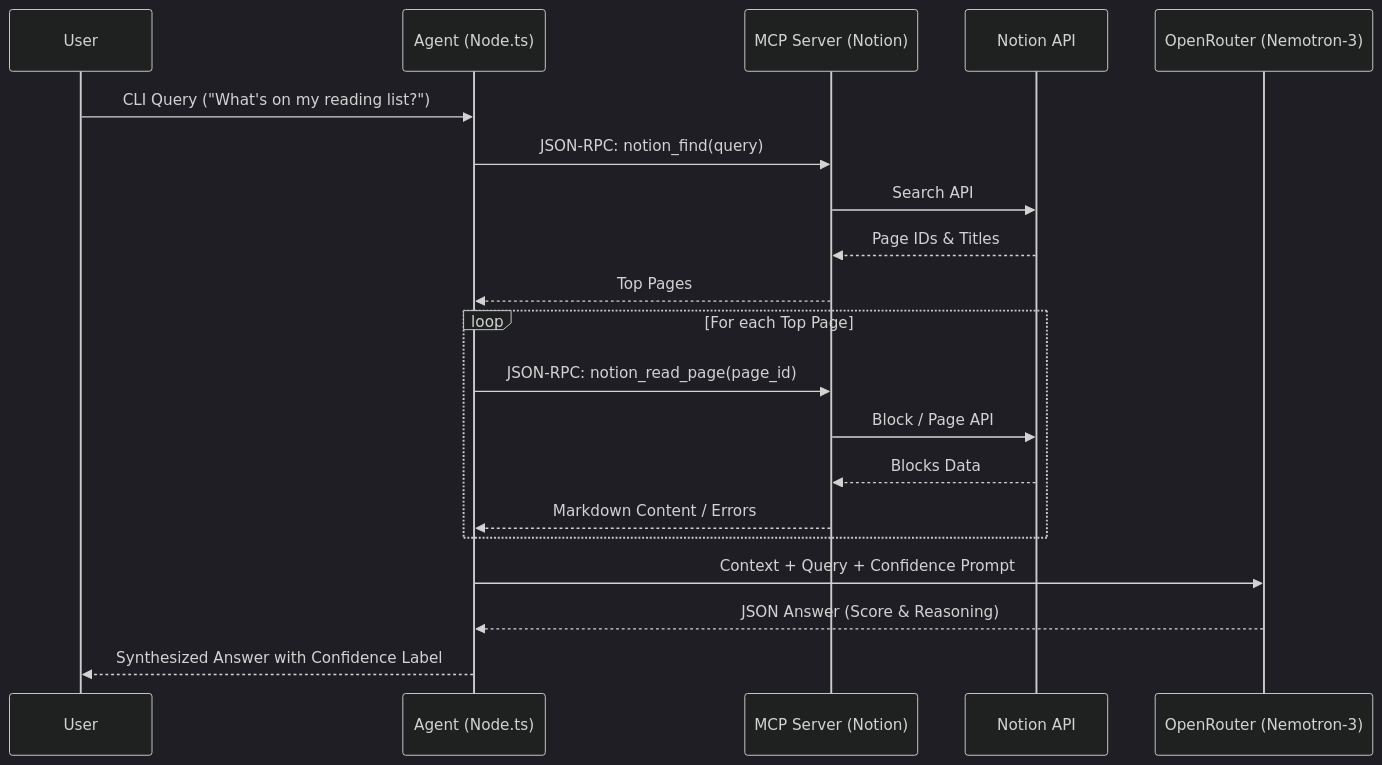
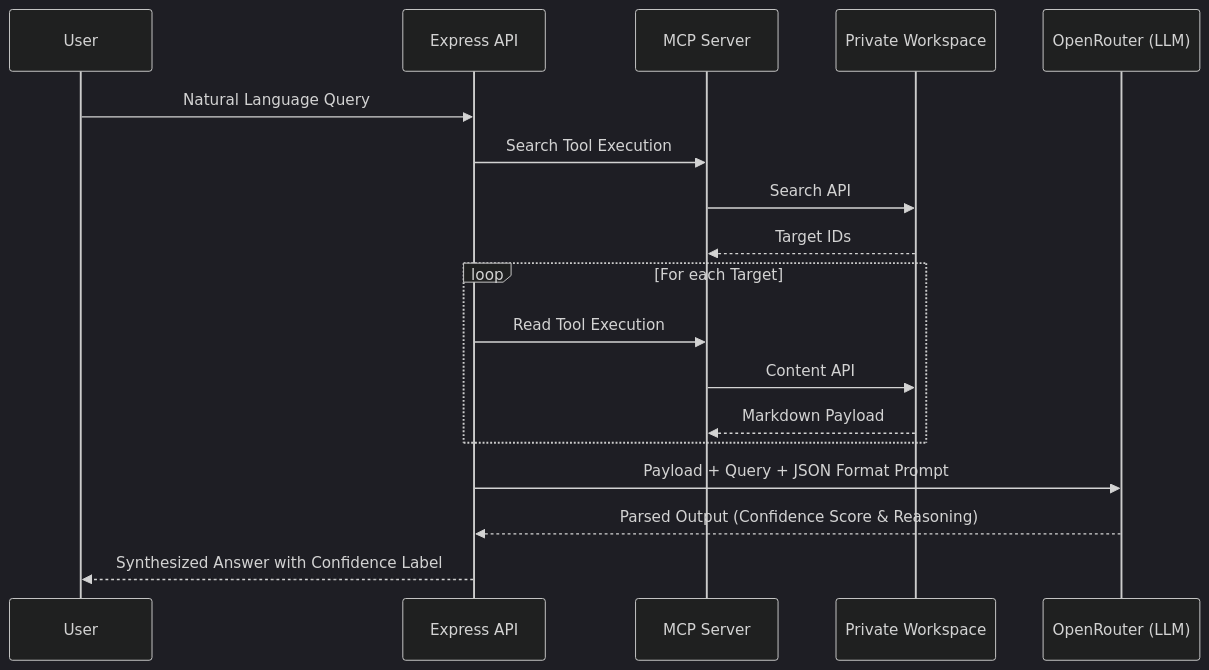
The diagram in README.md (SoumyadipSil/MCP-with-Notion), drawn with Mermaid (dark theme) before and after one commit. The commit also changed other lines of this file, not shown here.

Commit message:
docs: Update README architecture notes

````diff
--- a/README.md
+++ b/README.md
@@ -9,25 +9,23 @@
 ```mermaid
 sequenceDiagram
     participant User
-    participant Agent (Node.ts)
-    participant MCP Server (Notion)
-    participant Notion API
-    participant OpenRouter (Nemotron-3)
+    participant Express API
+    participant MCP Server
+    participant Private Workspace
+    participant OpenRouter (LLM)
 
-    User->>Agent (Node.ts): CLI Query ("What's on my reading list?")
-    Agent (Node.ts)->>MCP Server (Notion): JSON-RPC: notion_find(query)
-    MCP Server (Notion)->>Notion API: Search API
-    Notion API-->>MCP Server (Notion): Page IDs & Titles
-    MCP Server (Notion)-->>Agent (Node.ts): Top Pages
-
-    loop For each Top Page
-        Agent (Node.ts)->>MCP Server (Notion): JSON-RPC: notion_read_page(page_id)
-        MCP Server (Notion)->>Notion API: Block / Page API
-        Notion API-->>MCP Server (Notion): Blocks Data
-        MCP Server (Notion)-->>Agent (Node.ts): Markdown Content / Errors
+    User->>Express API: Natural Language Query
+    Express API->>MCP Server: Search Tool Execution
+    MCP Server->>Private Workspace: Search API
+    Private Workspace-->>MCP Server: Target IDs
+    
+    loop For each Target
+        Express API->>MCP Server: Read Tool Execution
+        MCP Server->>Private Workspace: Content API
+        Private Workspace-->>MCP Server: Markdown Payload
     end
 
-    Agent (Node.ts)->>OpenRouter (Nemotron-3): Context + Query + Confidence Prompt
-    OpenRouter (Nemotron-3)-->>Agent (Node.ts): JSON Answer (Score & Reasoning)
-    Agent (Node.ts)-->>User: Synthesized Answer with Confidence Label
+    Express API->>OpenRouter (LLM): Payload + Query + JSON Format Prompt
+    OpenRouter (LLM)-->>Express API: Parsed Output (Confidence Score & Reasoning)
+    Express API-->>User: Synthesized Answer with Confidence Label
 ```
````
